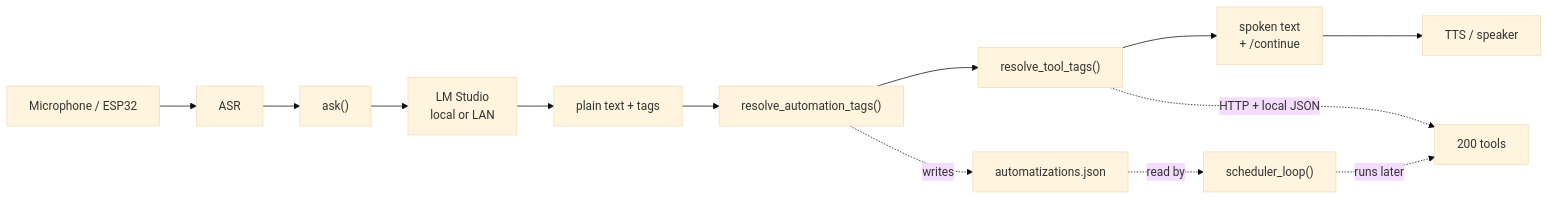
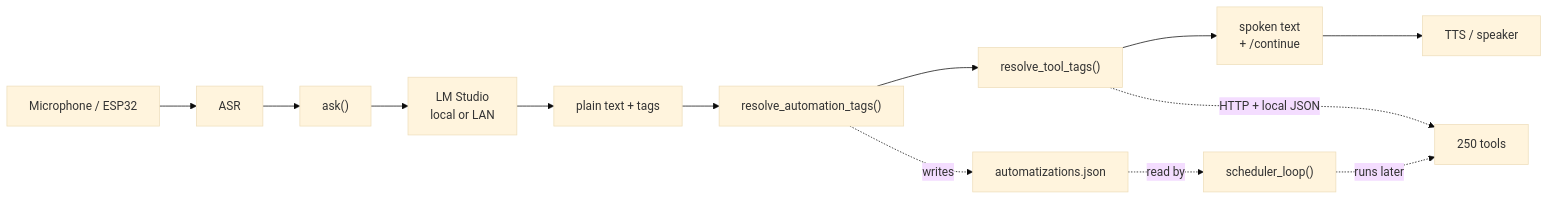
The diagram in LLM/README.md (conzola/kate), drawn with Mermaid (base theme) before and after one commit. The commit also changed other lines of this file and 2 other files, not shown here.

First line of the commit message:
Add 50 more tools, bringing the catalog to 250

````diff
--- a/LLM/README.md
+++ b/LLM/README.md
@@ -122,15 +122,15 @@
 ```mermaid
 flowchart LR
     A["Microphone / ESP32"] --> B["ASR"]
     B --> C["ask()"]
     C --> D["LM Studio<br/>local or LAN"]
     D --> E["plain text + tags"]
     E --> F["resolve_automation_tags()"]
     F --> G["resolve_tool_tags()"]
     G --> H["spoken text<br/>+ /continue"]
     H --> I["TTS / speaker"]
-    G -. "HTTP + local JSON" .-> J["200 tools"]
+    G -. "HTTP + local JSON" .-> J["250 tools"]
     F -. "writes" .-> K["automatizations.json"]
     K -. "read by" .-> L["scheduler_loop()"]
     L -. "runs later" .-> J
 ```
````
